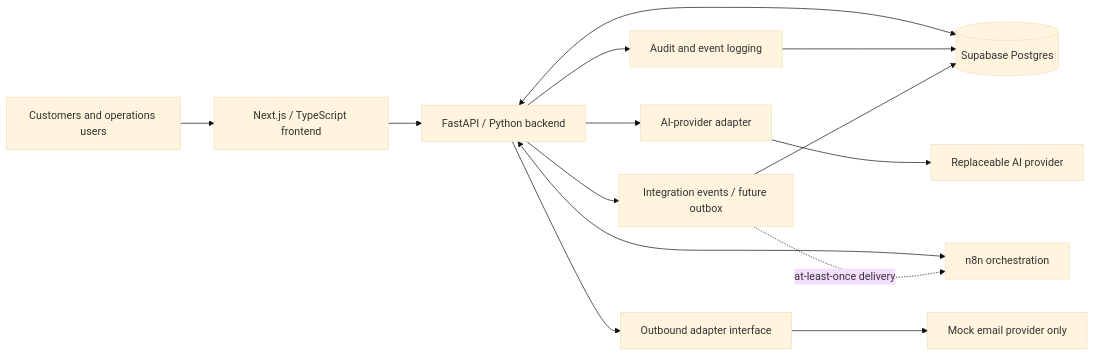
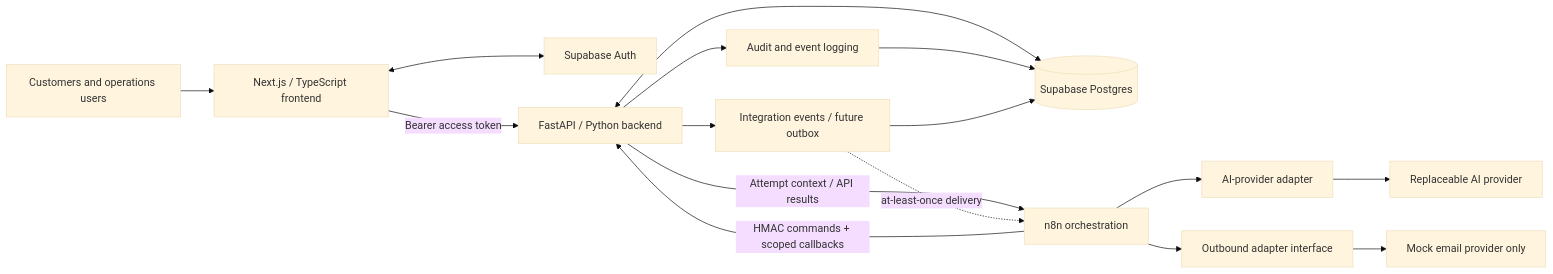
One commit to Ivorocious/AI-oas changed the diagram in docs/architecture.md. Above: the diagram before and after it, drawn with Mermaid (base theme). The commit also changed other lines of this file and 9 other files, not shown here.

````diff
--- a/docs/architecture.md
+++ b/docs/architecture.md
@@ -9,16 +9,18 @@
 ```mermaid
 flowchart LR
     U["Customers and operations users"] --> F["Next.js / TypeScript frontend"]
-    F --> B["FastAPI / Python backend"]
+    F <--> S["Supabase Auth"]
+    F -->|Bearer access token| B["FastAPI / Python backend"]
     B <--> D[("Supabase Postgres")]
-    B --> A["AI-provider adapter"]
+    B -->|Attempt context / API results| N["n8n orchestration"]
+    N --> A["AI-provider adapter"]
     A --> AP["Replaceable AI provider"]
-    B <--> N["n8n orchestration"]
-    B --> O["Outbound adapter interface"]
+    N -->|HMAC commands + scoped callbacks| B
+    N --> O["Outbound adapter interface"]
     O --> M["Mock email provider only"]
     B --> E["Audit and event logging"]
     E --> D
     B --> X["Integration events / future outbox"]
     X --> D
     X -.->|at-least-once delivery| N
 ```
````
